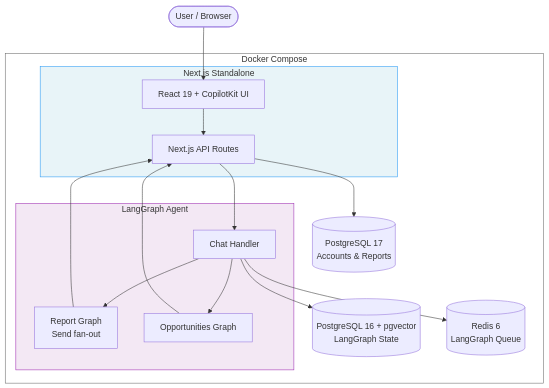
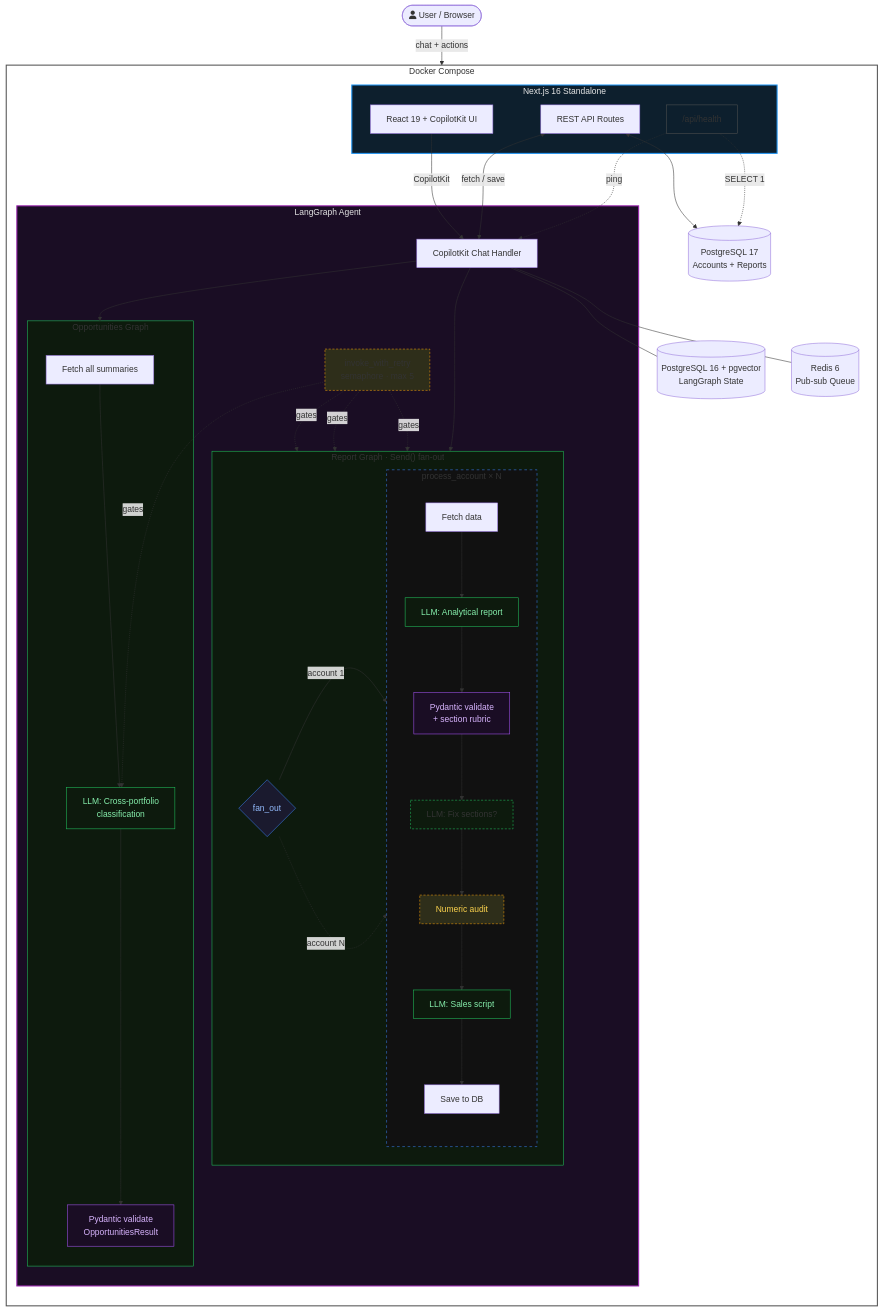
Before and after one commit to saxxi/saas-contract-auditor: the diagram in README.md, drawn with Mermaid. The commit also changed other lines of this file and 48 other files, not shown here.

````diff
--- a/README.md
+++ b/README.md
@@ -45,36 +45,78 @@
 ```mermaid
 graph TD
-    User([User / Browser])
+    User([fa:fa-user User / Browser])
 
     subgraph Docker["Docker Compose"]
-        subgraph Frontend["Next.js Standalone"]
-            UI[React 19 + CopilotKit UI]
-            API[Next.js API Routes]
+        direction TB
+
+        subgraph Frontend["Next.js 16 Standalone"]
+            UI["React 19 + CopilotKit UI"]
+            API["REST API Routes"]
+            Health["/api/health"]
         end
 
         subgraph Agent["LangGraph Agent"]
-            Chat[Chat Handler]
-            RG[Report Graph<br/>Send fan-out]
-            OG[Opportunities Graph]
+            Chat["CopilotKit Chat Handler"]
+
+            subgraph ReportPipeline["Report Graph · Send() fan-out"]
+                direction LR
+                FanOut{"fan_out"}
+                subgraph Parallel["process_account × N"]
+                    direction TB
+                    Fetch["Fetch data"]
+                    LLM1["LLM: Analytical report"]
+                    Val["Pydantic validate\n+ section rubric"]
+                    Fix["LLM: Fix sections?"]
+                    Audit["Numeric audit"]
+                    LLM2["LLM: Sales script"]
+                    Save["Save to DB"]
+                    Fetch --> LLM1 --> Val --> Fix --> Audit --> LLM2 --> Save
+                end
+                FanOut -->|"account 1"| Parallel
+                FanOut -.->|"account N"| Parallel
+            end
+
+            subgraph OppPipeline["Opportunities Graph"]
+                OFetch["Fetch all summaries"] --> OLLM["LLM: Cross-portfolio\nclassification"] --> OVal["Pydantic validate\nOpportunitiesResult"]
+            end
+
+            Retry["invoke_with_retry\nsemaphore · max 5"]
         end
 
-        AppDB[(PostgreSQL 17<br/>Accounts & Reports)]
-        AgentDB[(PostgreSQL 16 + pgvector<br/>LangGraph State)]
-        Redis[(Redis 6<br/>LangGraph Queue)]
+        AppDB[("PostgreSQL 17\nAccounts + Reports")]
+        AgentDB[("PostgreSQL 16 + pgvector\nLangGraph State")]
+        Redis[("Redis 6\nPub-sub Queue")]
     end
 
-    User --> UI
-    UI --> API
-    API --> Chat
-    Chat --> RG
-    Chat --> OG
-    RG --> API
-    OG --> API
-    API --> AppDB
-    Chat --> AgentDB
-    Chat --> Redis
+    User -->|"chat + actions"| UI
+    UI -->|"CopilotKit"| Chat
+    API <-->|"fetch / save"| Chat
+    Chat --> ReportPipeline
+    Chat --> OppPipeline
+    API <--> AppDB
+    Chat --- AgentDB
+    Chat --- Redis
+    Health -.->|"SELECT 1"| AppDB
+    Health -.->|"ping"| Chat
+    Retry -.->|"gates"| LLM1
+    Retry -.->|"gates"| LLM2
+    Retry -.->|"gates"| Fix
+    Retry -.->|"gates"| OLLM
 
-    style Docker fill:none,stroke:#666
-    style Frontend fill:#e8f4f8,stroke:#2196F3
-    style Agent fill:#f3e8f4,stroke:#9C27B0
+    style Docker fill:none,stroke:#555,stroke-width:2px
+    style Frontend fill:#0d1f2d,stroke:#2196F3,stroke-width:2px,color:#e5e5e5
+    style Agent fill:#1a0d24,stroke:#9C27B0,stroke-width:2px,color:#e5e5e5
+    style ReportPipeline fill:#0d1a0d,stroke:#22c55e,stroke-width:1px
+    style OppPipeline fill:#0d1a0d,stroke:#22c55e,stroke-width:1px
+    style Parallel fill:#111,stroke:#3b82f6,stroke-width:1px,stroke-dasharray:5 5
+    style Retry fill:#2e2e1a,stroke:#f59e0b,stroke-width:1px,stroke-dasharray:4 3
+    style Health fill:#0d1f2d,stroke:#525252
+    style FanOut fill:#1a1a2e,stroke:#3b82f6,color:#93bbfc
+    style Val fill:#1a0d24,stroke:#a855f7,color:#d8b4fe
+    style OVal fill:#1a0d24,stroke:#a855f7,color:#d8b4fe
+    style Fix fill:#0d1a0d,stroke:#22c55e,stroke-dasharray:4 3
+    style Audit fill:#2e2e1a,stroke:#f59e0b,stroke-dasharray:4 3,color:#fcd34d
+    style LLM1 fill:#0d1a0d,stroke:#22c55e,color:#86efac
+    style LLM2 fill:#0d1a0d,stroke:#22c55e,color:#86efac
+    style OLLM fill:#0d1a0d,stroke:#22c55e,color:#86efac
 ```
````
